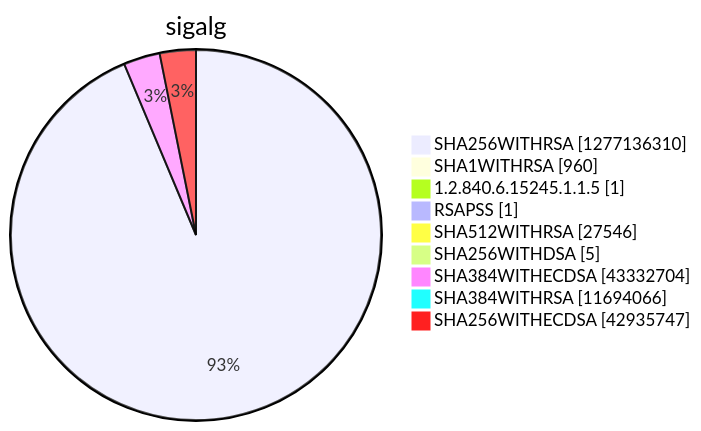
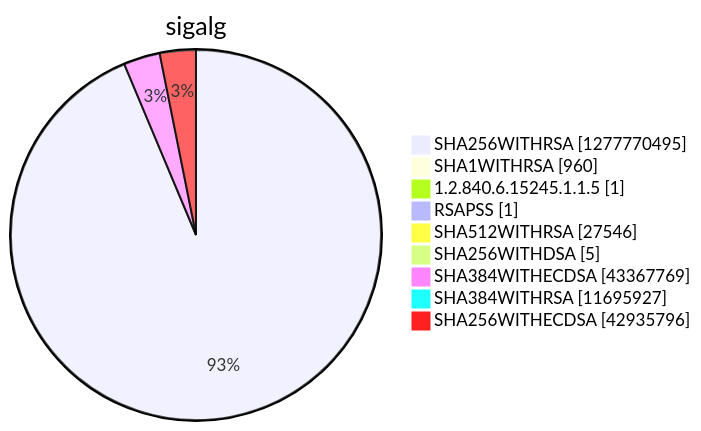
Diagram 15 of 15 in argon2022/README.md (christiankrug/ctmonitor_visualization), drawn with Mermaid before and after one commit. The commit also changed other lines of this file, not shown here.

````diff
--- a/argon2022/README.md
+++ b/argon2022/README.md
@@ -5522,13 +5522,13 @@
 ```mermaid
 pie showData
 title sigalg
-"SHA256WITHRSA" :1277136310
+"SHA256WITHRSA" :1277770495
 "SHA1WITHRSA" :960
 "1.2.840.6.15245.1.1.5" :1
 "RSAPSS" :1
 "SHA512WITHRSA" :27546
 "SHA256WITHDSA" :5
-"SHA384WITHECDSA" :43332704
-"SHA384WITHRSA" :11694066
-"SHA256WITHECDSA" :42935747
+"SHA384WITHECDSA" :43367769
+"SHA384WITHRSA" :11695927
+"SHA256WITHECDSA" :42935796
 ```
````
